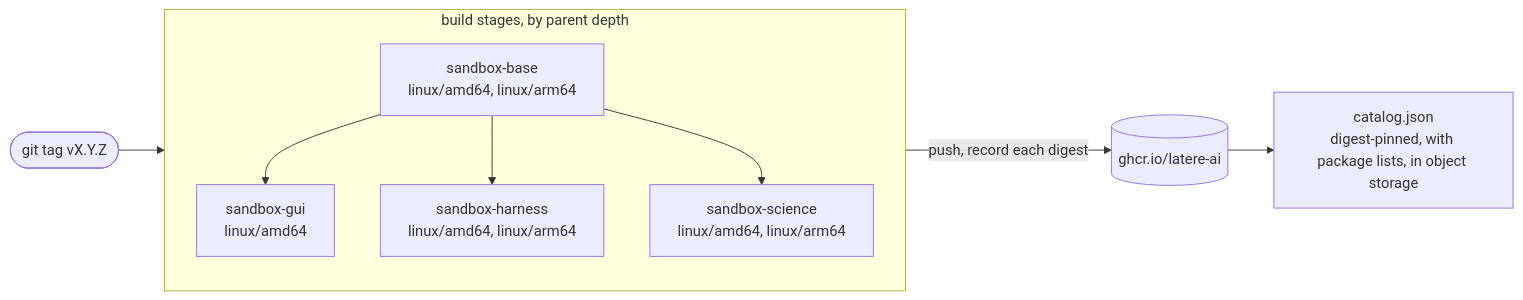
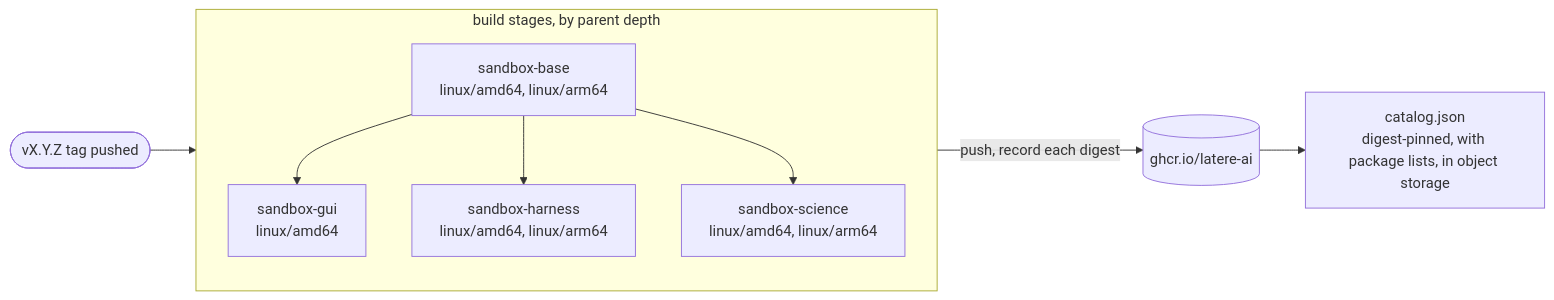
One commit to latere-ai/sandbox-images changed the diagram in CONTRIBUTING.md. Above: the diagram before and after it, drawn with Mermaid. The commit also changed other lines of this file and 2 other files, not shown here.

````diff
--- a/CONTRIBUTING.md
+++ b/CONTRIBUTING.md
@@ -127,16 +140,16 @@
 ```mermaid
 flowchart LR
-  tag(["git tag vX.Y.Z"]) --> base
+  tag(["vX.Y.Z tag pushed"]) --> base
   subgraph chain["build stages, by parent depth"]
     direction TB
     base["sandbox-base<br/>linux/amd64, linux/arm64"]
     gui["sandbox-gui<br/>linux/amd64"]
     harness["sandbox-harness<br/>linux/amd64, linux/arm64"]
     science["sandbox-science<br/>linux/amd64, linux/arm64"]
     base --> gui
     base --> harness
     base --> science
   end
   chain -- "push, record each digest" --> ghcr[("ghcr.io/latere-ai")]
   ghcr --> json["catalog.json<br/>digest-pinned, with package lists, in object storage"]
 ```
````
